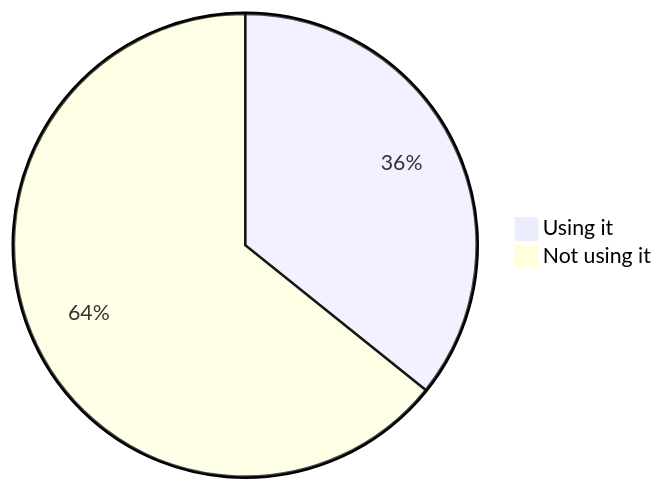
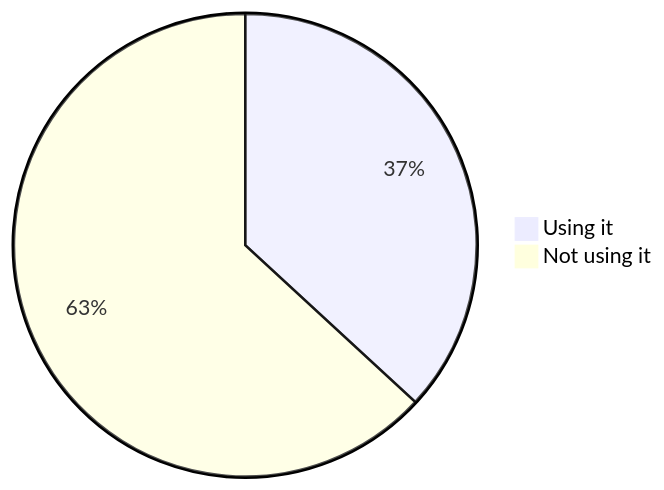
Before and after one commit to oshp/oshp-stats: diagram 16 of 22 in stats.md, drawn with Mermaid. The commit also changed other lines of this file, not shown here.

````diff
--- a/stats.md
+++ b/stats.md
@@ -190,6 +190,6 @@
 ```mermaid
 pie
-	"Using it" : 35.76
-	"Not using it" : 64.24
+	"Using it" : 36.85
+	"Not using it" : 63.15
 
 ```
````
